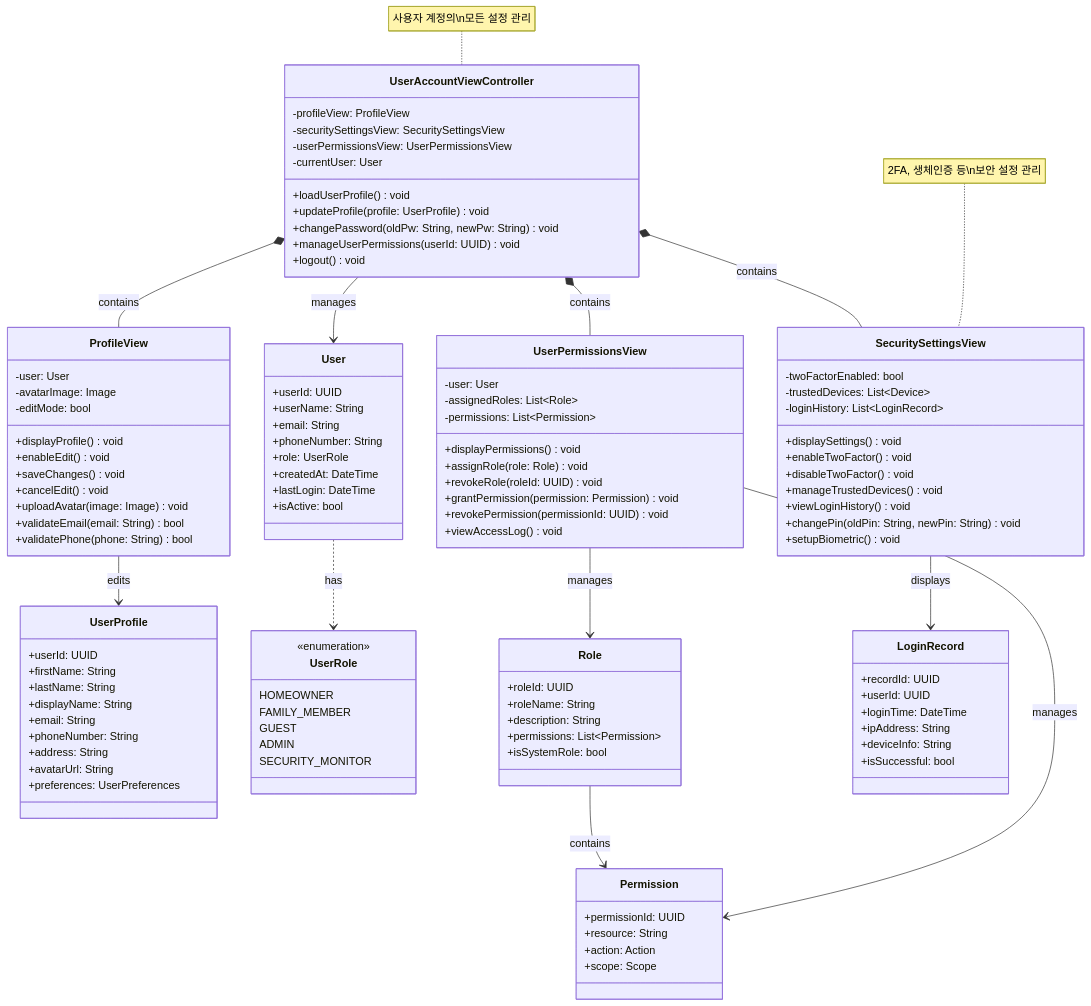
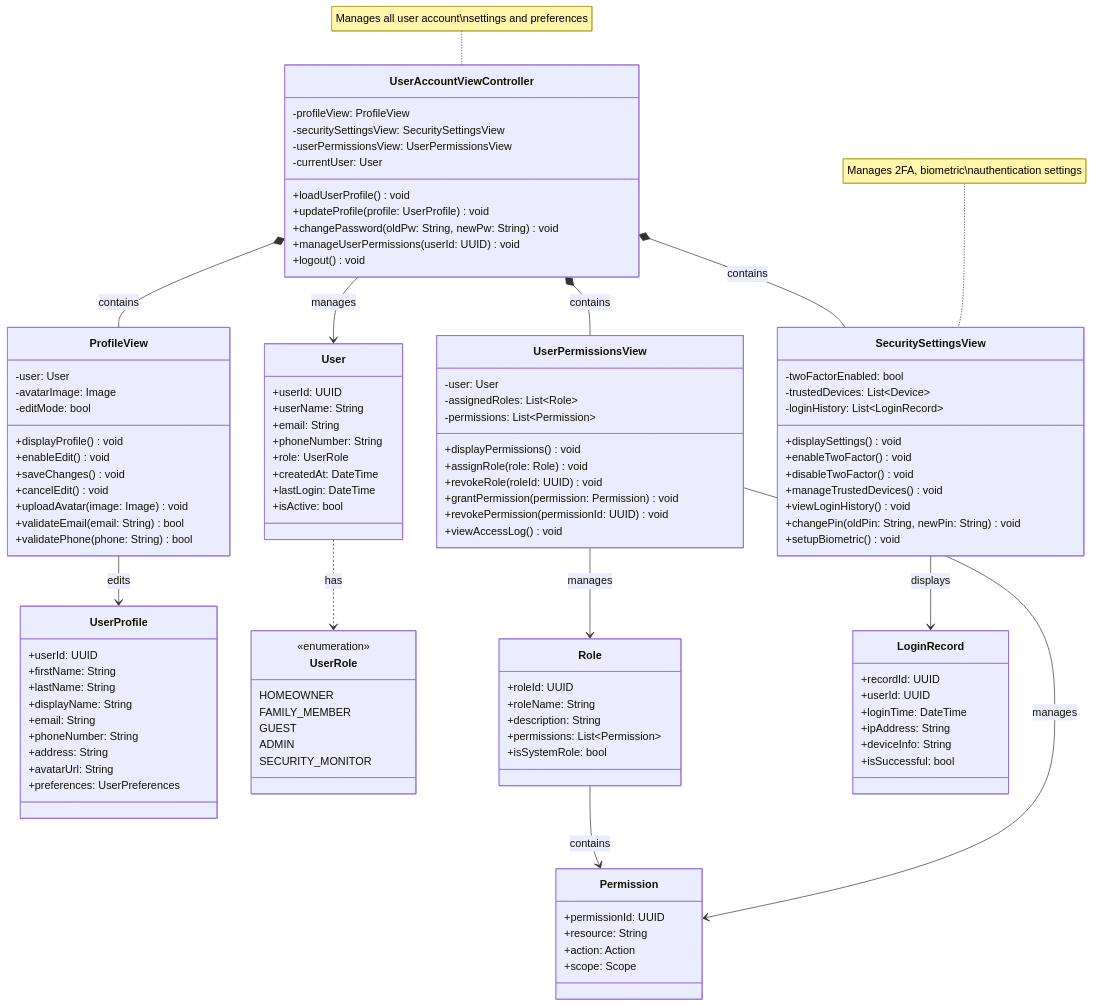
Before and after one commit to mj010101/swe_25f: the seventh of 12 diagrams in diagrams/presentation_class_diagram.md, drawn with Mermaid. The commit also changed other lines of this file, not shown here.

Commit message:
refine presentation class diagram

````diff
--- a/diagrams/presentation_class_diagram.md
+++ b/diagrams/presentation_class_diagram.md
@@ -828,6 +828,6 @@
     User ..> UserRole : has
     Role --> Permission : contains
 
-    note for UserAccountViewController "사용자 계정의\n모든 설정 관리"
-    note for SecuritySettingsView "2FA, 생체인증 등\n보안 설정 관리"
+    note for UserAccountViewController "Manages all user account\nsettings and preferences"
+    note for SecuritySettingsView "Manages 2FA, biometric\nauthentication settings"
 ```
````
